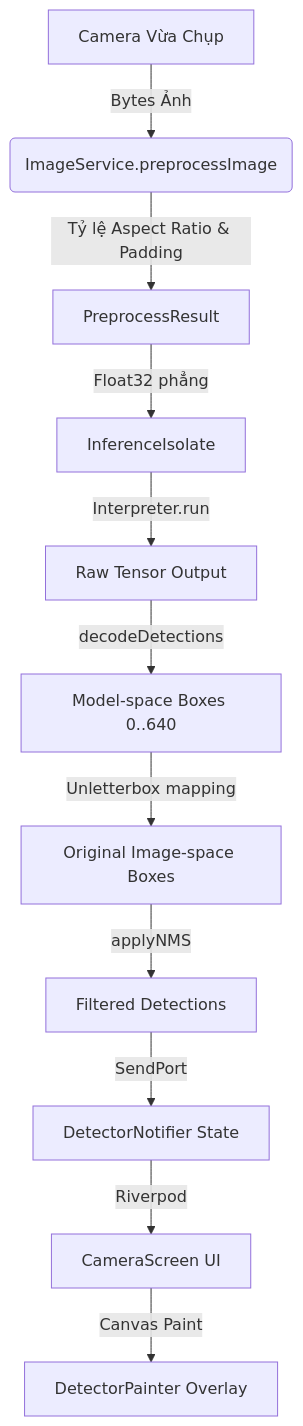
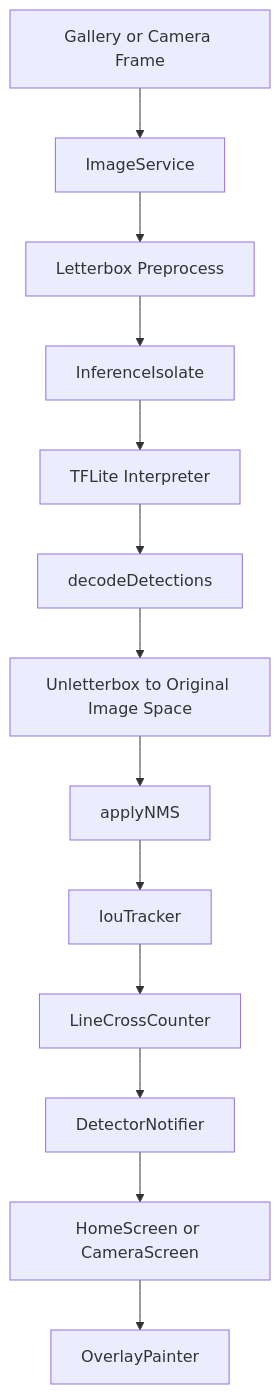
One commit to thanhtupppp/diemsoluong changed the diagram in README.md. Above: the diagram before and after it, drawn with Mermaid. The commit also changed other lines of this file and 4 other files, not shown here.

````diff
--- a/README.md
+++ b/README.md
@@ -27,13 +41,15 @@
 ```mermaid
 graph TD
-    A[Camera Vừa Chụp] -->|Bytes Ảnh| B(ImageService.preprocessImage)
-    B -->|Tỷ lệ Aspect Ratio & Padding| C[PreprocessResult]
-    C -->|Float32 phẳng| D[InferenceIsolate]
-    D -->|Interpreter.run| E[Raw Tensor Output]
-    E -->|decodeDetections| F[Model-space Boxes 0..640]
-    F -->|Unletterbox mapping| G[Original Image-space Boxes]
-    G -->|applyNMS| H[Filtered Detections]
-    H -->|SendPort| I[DetectorNotifier State]
-    I -->|Riverpod| J[CameraScreen UI]
-    J -->|Canvas Paint| K[DetectorPainter Overlay]
+    A[Gallery or Camera Frame] --> B[ImageService]
+    B --> C[Letterbox Preprocess]
+    C --> D[InferenceIsolate]
+    D --> E[TFLite Interpreter]
+    E --> F[decodeDetections]
+    F --> G[Unletterbox to Original Image Space]
+    G --> H[applyNMS]
+    H --> I[IouTracker]
+    I --> J[LineCrossCounter]
+    J --> K[DetectorNotifier]
+    K --> L[HomeScreen or CameraScreen]
+    L --> M[OverlayPainter]
 ```
````
